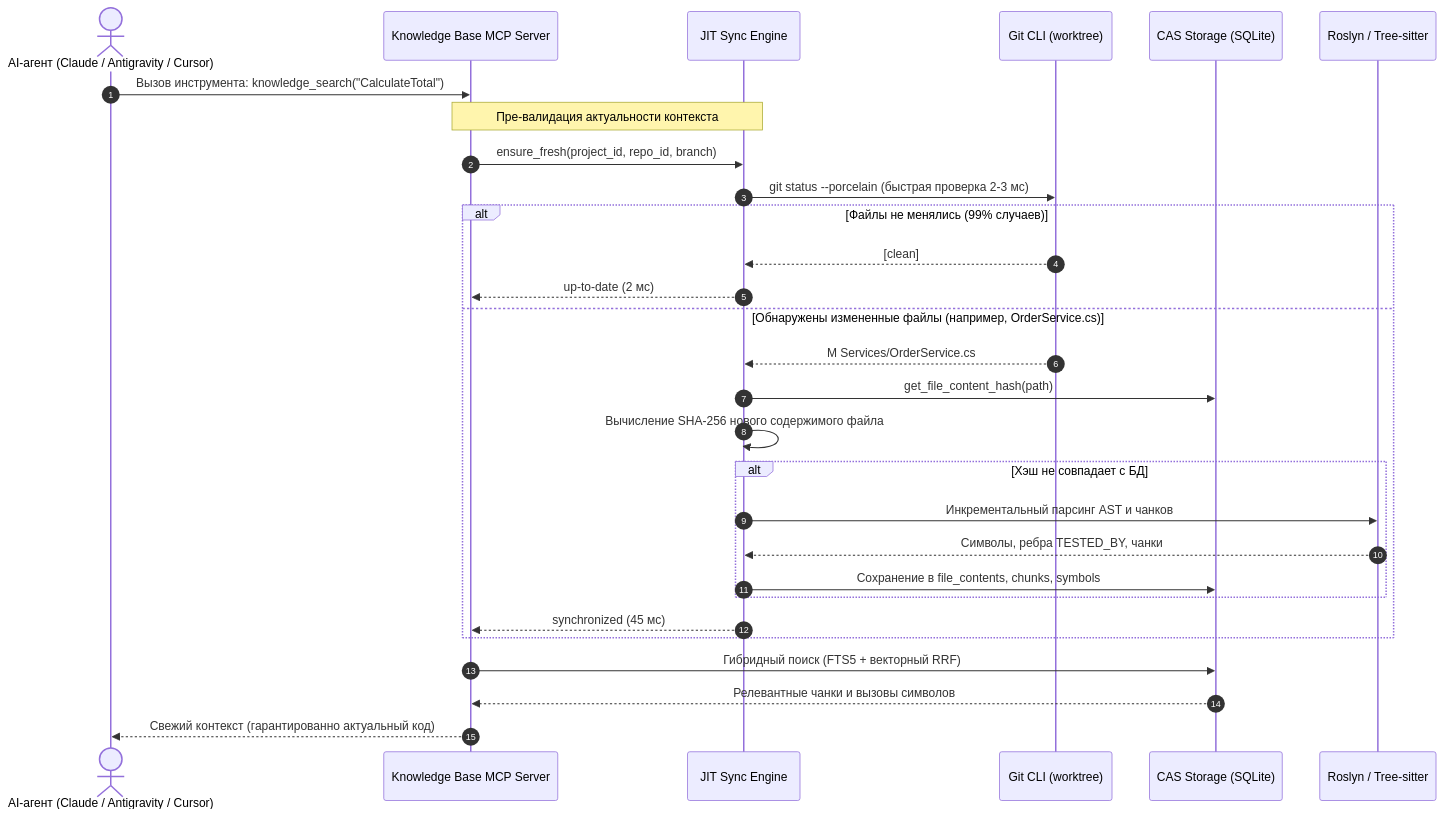
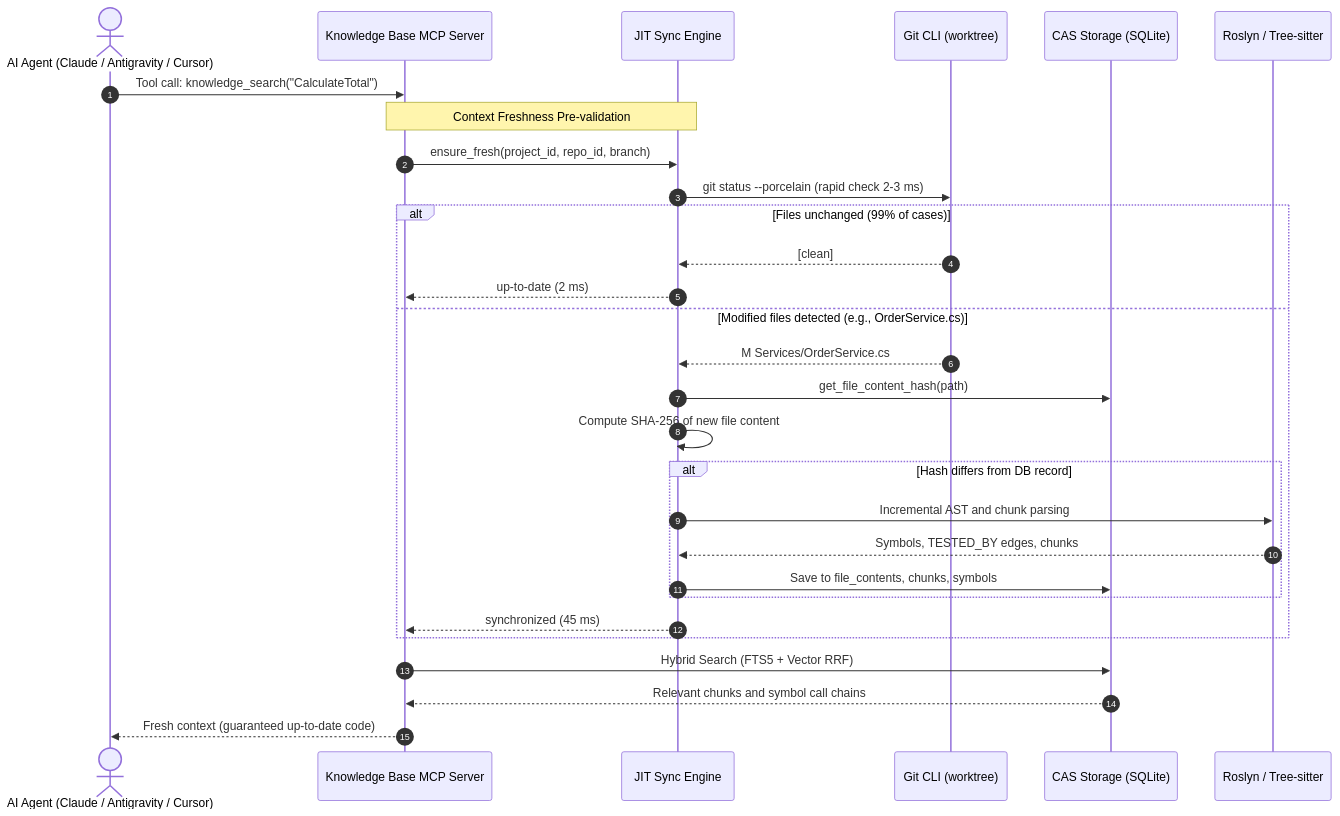
One commit to PaulTheSecond/knowledgebase-mcp changed the third of 3 diagrams in docs/adr-008-multi-worktree-cas-and-hybrid-sync.md. Above: the diagram before and after it, drawn with Mermaid. The commit also changed other lines of this file and 33 other files, not shown here.

Commit message:
docs: translate architecture specifications and ADRs to Russian

````diff
--- a/docs/adr-008-multi-worktree-cas-and-hybrid-sync.md
+++ b/docs/adr-008-multi-worktree-cas-and-hybrid-sync.md
@@ -237,34 +224,34 @@
 ```mermaid
 sequenceDiagram
     autonumber
-    actor Agent as AI-агент (Claude / Antigravity / Cursor)
+    actor Agent as AI Agent (Claude / Antigravity / Cursor)
     participant MCP as Knowledge Base MCP Server
     participant JIT as JIT Sync Engine
     participant Git as Git CLI (worktree)
     participant CAS as CAS Storage (SQLite)
     participant Parser as Roslyn / Tree-sitter
 
-    Agent->>MCP: Вызов инструмента: knowledge_search("CalculateTotal")
-    Note over MCP,JIT: Пре-валидация актуальности контекста
+    Agent->>MCP: Tool call: knowledge_search("CalculateTotal")
+    Note over MCP,JIT: Context Freshness Pre-validation
     MCP->>JIT: ensure_fresh(project_id, repo_id, branch)
-    JIT->>Git: git status --porcelain (быстрая проверка 2-3 мс)
+    JIT->>Git: git status --porcelain (rapid check 2-3 ms)
     
-    alt Файлы не менялись (99% случаев)
+    alt Files unchanged (99% of cases)
         Git-->>JIT: [clean]
-        JIT-->>MCP: up-to-date (2 мс)
-    else Обнаружены измененные файлы (например, OrderService.cs)
+        JIT-->>MCP: up-to-date (2 ms)
+    else Modified files detected (e.g., OrderService.cs)
         Git-->>JIT: M Services/OrderService.cs
         JIT->>CAS: get_file_content_hash(path)
-        JIT->>JIT: Вычисление SHA-256 нового содержимого файла
-        alt Хэш не совпадает с БД
-            JIT->>Parser: Инкрементальный парсинг AST и чанков
-            Parser-->>JIT: Символы, ребра TESTED_BY, чанки
-            JIT->>CAS: Сохранение в file_contents, chunks, symbols
+        JIT->>JIT: Compute SHA-256 of new file content
+        alt Hash differs from DB record
+            JIT->>Parser: Incremental AST and chunk parsing
+            Parser-->>JIT: Symbols, TESTED_BY edges, chunks
+            JIT->>CAS: Save to file_contents, chunks, symbols
         end
-        JIT-->>MCP: synchronized (45 мс)
+        JIT-->>MCP: synchronized (45 ms)
     end
 
-    MCP->>CAS: Гибридный поиск (FTS5 + векторный RRF)
-    CAS-->>MCP: Релевантные чанки и вызовы символов
-    MCP-->>Agent: Свежий контекст (гарантированно актуальный код)
+    MCP->>CAS: Hybrid Search (FTS5 + Vector RRF)
+    CAS-->>MCP: Relevant chunks and symbol call chains
+    MCP-->>Agent: Fresh context (guaranteed up-to-date code)
 ```
````
